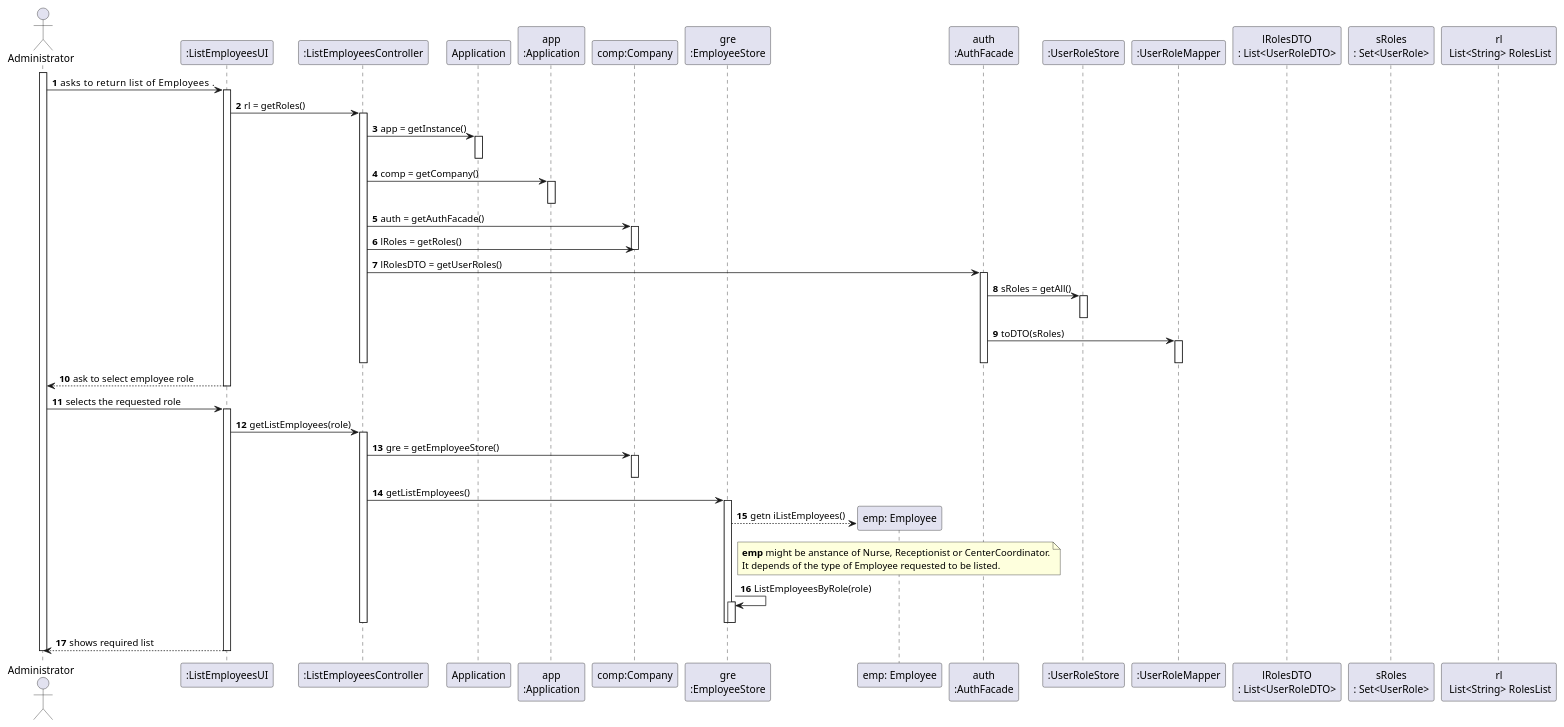
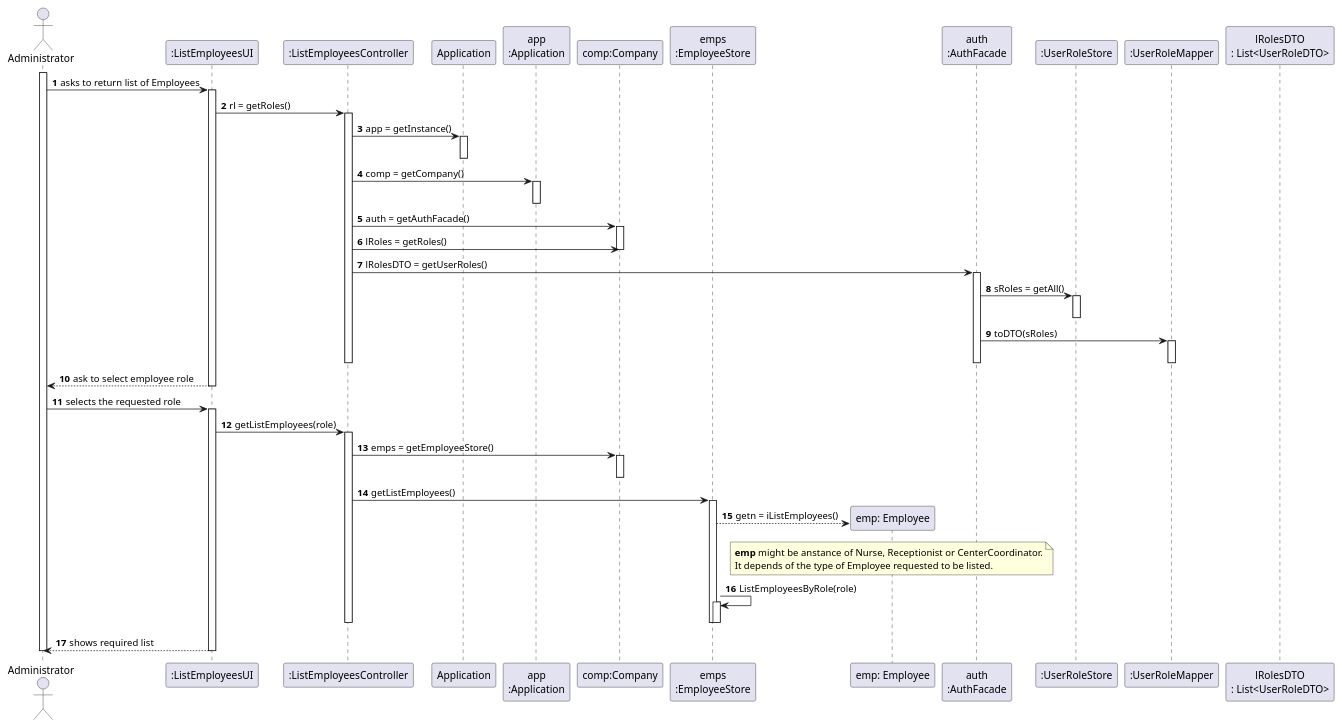
Before and after one commit to diogonapoles/isep-lapr2: the diagram in docs/SprintB/UserStories/US11/US11_SD.puml, drawn with PlantUML. The commit also changed 3 other files, not shown here.

```diff
--- a/docs/SprintB/UserStories/US11/US11_SD.puml
+++ b/docs/SprintB/UserStories/US11/US11_SD.puml
@@ -1,106 +1,105 @@
 @startuml
 autonumber
 actor "Administrator" as ADM
 
 
 participant ":ListEmployeesUI" as UI
 participant ":ListEmployeesController" as CTRL
 participant ":ListEmployeesUI" as UI
 participant ":ListEmployeesController" as CTRL
 participant "Application" as APP
 participant "app\n:Application" as App
 participant "comp:Company" as COMP
-participant "gre\n:EmployeeStore" as ES
+participant "emps\n:EmployeeStore" as ES
 participant "emp: Employee" as EMP
 participant "auth\n:AuthFacade" as AF
 participant ":UserRoleStore" as URS
 participant ":UserRoleMapper" as URM
 participant "lRolesDTO\n: List<UserRoleDTO>" as lRDTO
-participant "sRoles\n: Set<UserRole>" as SR
-participant "rl\n List<String> RolesList" as rl
+
 
 
 activate ADM
 
-ADM -> UI : asks to return list of Employees     .
+ADM -> UI : asks to return list of Employees
 activate UI
 
 UI -> CTRL : rl = getRoles()
 activate CTRL
 
 CTRL -> APP : app = getInstance()
 activate APP
 deactivate APP
 
 CTRL -> App : comp = getCompany()
 activate App
 deactivate App
 
 
 CTRL -> COMP: auth = getAuthFacade()
 activate COMP
 
 
 CTRL -> COMP: lRoles = getRoles()
 deactivate COMP
 
 
 CTRL -> AF : lRolesDTO = getUserRoles()
 activate AF
 
 AF -> URS : sRoles = getAll()
 activate URS
 deactivate URS
 
 AF -> URM :  toDTO(sRoles)
 activate URM
 
 deactivate URM
 deactivate AF
 deactivate CTRL
 
 UI --> ADM : ask to select employee role
 deactivate UI
 
 
 
 ADM -> UI : selects the requested role
 activate UI
 
 
 
 UI -> CTRL : getListEmployees(role)
 activate CTRL
 
-CTRL -> COMP : gre = getEmployeeStore()
+CTRL -> COMP : emps = getEmployeeStore()
 activate COMP
 deactivate COMP
 
 CTRL -> ES : getListEmployees()
 activate ES
 
 
-ES --> EMP** : getn iListEmployees()
+ES --> EMP** : getn = iListEmployees()
                                      note over EMP : **emp** might be anstance of Nurse, Receptionist or CenterCoordinator.\nIt depends of the type of Employee requested to be listed.
 
 
 ES -> ES : ListEmployeesByRole(role)
 activate ES
 deactivate ES
 deactivate ES
 
 
 
 
 
 deactivate CTRL
 deactivate ES
 
 UI --> ADM : shows required list
 deactivate UI
 
 
 
 deactivate ADM
 
 @enduml
```
